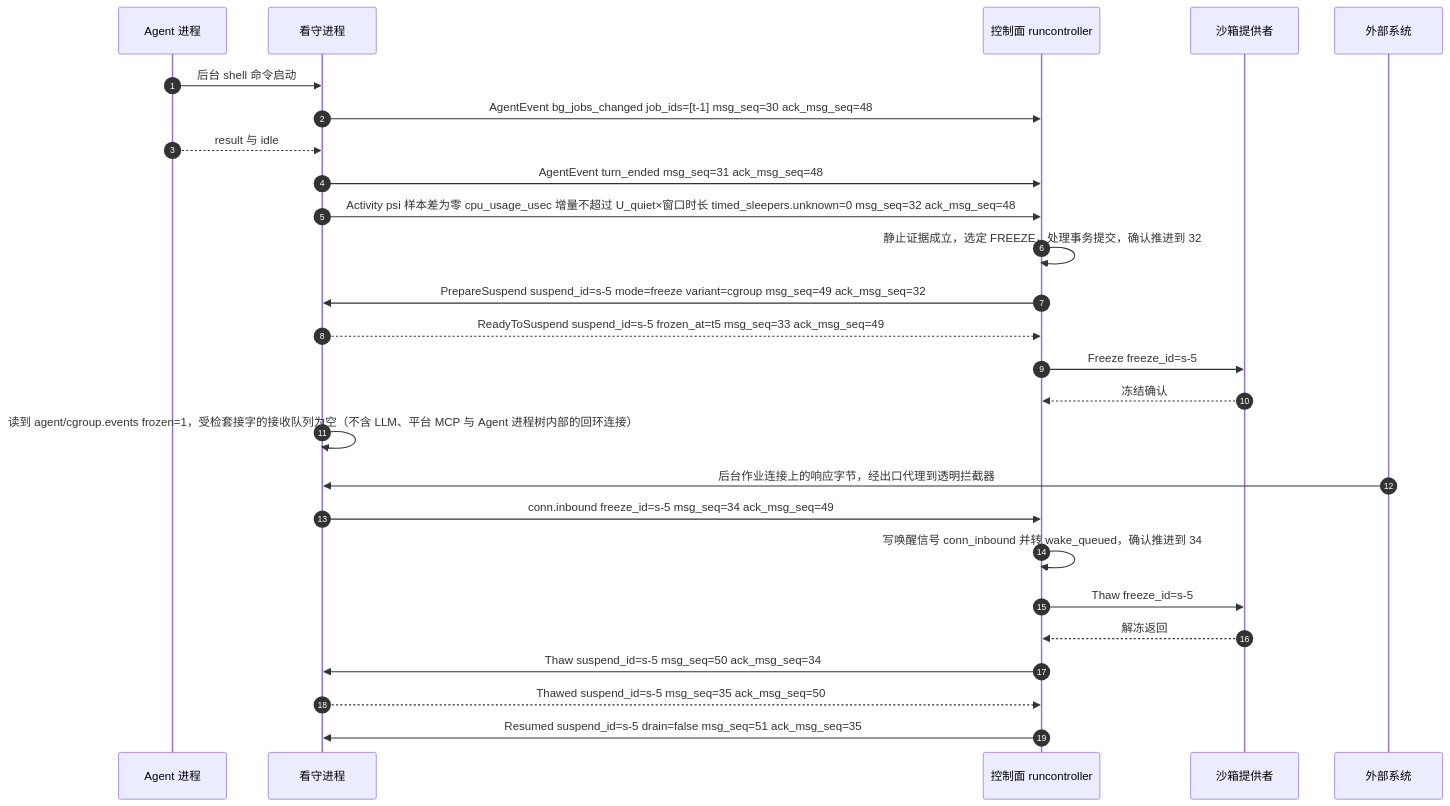
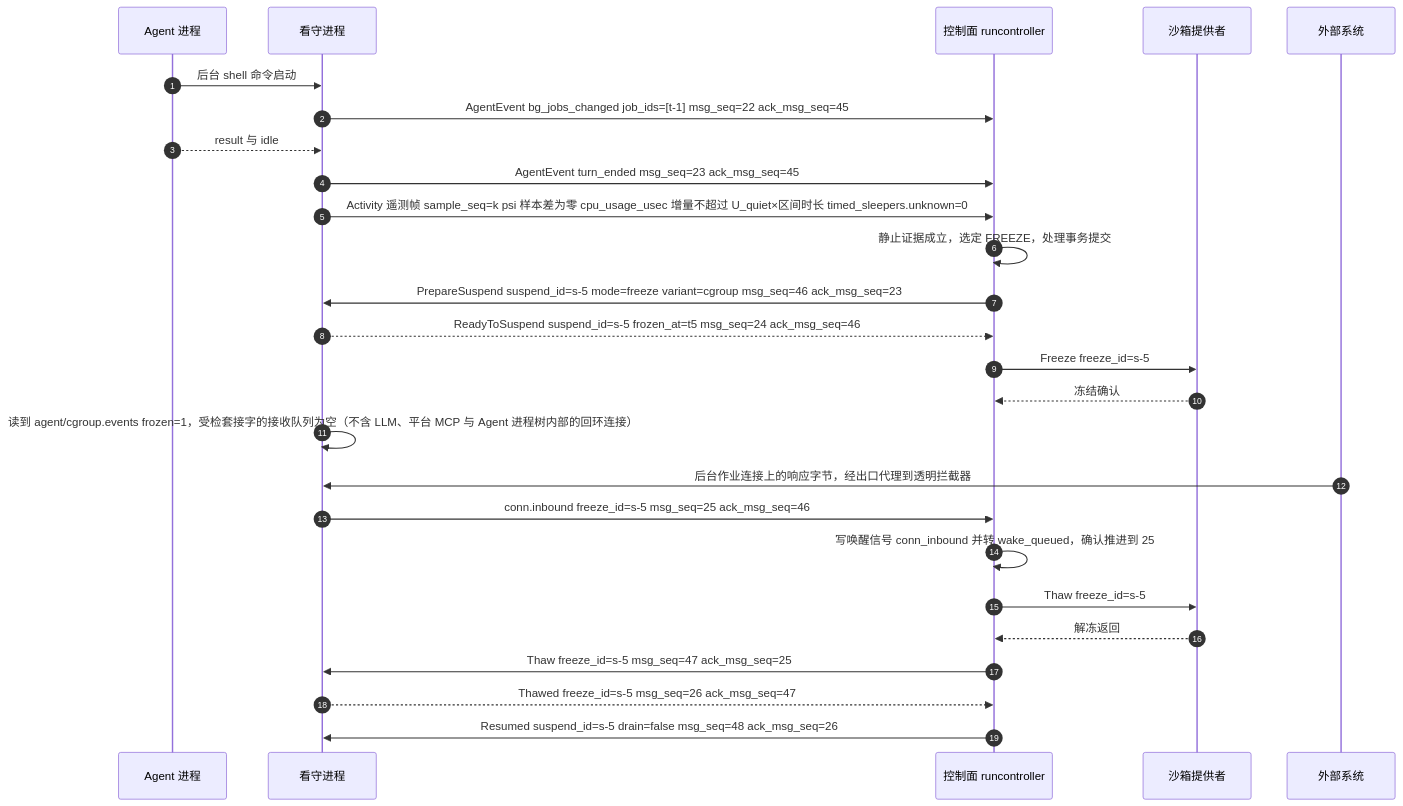
The seventh of 8 diagrams in docs/design/modules/design-agentprotocol.md (wangzw/castworks), drawn with Mermaid before and after one commit. The commit also changed other lines of this file and 35 other files, not shown here.

````diff
--- a/docs/design/modules/design-agentprotocol.md
+++ b/docs/design/modules/design-agentprotocol.md
@@ -563,28 +694,28 @@
 ```mermaid
 sequenceDiagram
     autonumber
     participant A as Agent 进程
     participant W as 看守进程
     participant R as 控制面 runcontroller
     participant P as 沙箱提供者
     participant X as 外部系统
     A->>W: 后台 shell 命令启动
-    W->>R: AgentEvent bg_jobs_changed job_ids=[t-1] msg_seq=30 ack_msg_seq=48
+    W->>R: AgentEvent bg_jobs_changed job_ids=[t-1] msg_seq=22 ack_msg_seq=45
     A-->>W: result 与 idle
-    W->>R: AgentEvent turn_ended msg_seq=31 ack_msg_seq=48
-    W->>R: Activity psi 样本差为零 cpu_usage_usec 增量不超过 U_quiet×窗口时长 timed_sleepers.unknown=0 msg_seq=32 ack_msg_seq=48
-    R->>R: 静止证据成立，选定 FREEZE，处理事务提交，确认推进到 32
-    R->>W: PrepareSuspend suspend_id=s-5 mode=freeze variant=cgroup msg_seq=49 ack_msg_seq=32
-    W-->>R: ReadyToSuspend suspend_id=s-5 frozen_at=t5 msg_seq=33 ack_msg_seq=49
+    W->>R: AgentEvent turn_ended msg_seq=23 ack_msg_seq=45
+    W->>R: Activity 遥测帧 sample_seq=k psi 样本差为零 cpu_usage_usec 增量不超过 U_quiet×区间时长 timed_sleepers.unknown=0
+    R->>R: 静止证据成立，选定 FREEZE，处理事务提交
+    R->>W: PrepareSuspend suspend_id=s-5 mode=freeze variant=cgroup msg_seq=46 ack_msg_seq=23
+    W-->>R: ReadyToSuspend suspend_id=s-5 frozen_at=t5 msg_seq=24 ack_msg_seq=46
     R->>P: Freeze freeze_id=s-5
     P-->>R: 冻结确认
     W->>W: 读到 agent/cgroup.events frozen=1，受检套接字的接收队列为空（不含 LLM、平台 MCP 与 Agent 进程树内部的回环连接）
     X->>W: 后台作业连接上的响应字节，经出口代理到透明拦截器
-    W->>R: conn.inbound freeze_id=s-5 msg_seq=34 ack_msg_seq=49
-    R->>R: 写唤醒信号 conn_inbound 并转 wake_queued，确认推进到 34
+    W->>R: conn.inbound freeze_id=s-5 msg_seq=25 ack_msg_seq=46
+    R->>R: 写唤醒信号 conn_inbound 并转 wake_queued，确认推进到 25
     R->>P: Thaw freeze_id=s-5
     P-->>R: 解冻返回
-    R->>W: Thaw suspend_id=s-5 msg_seq=50 ack_msg_seq=34
-    W-->>R: Thawed suspend_id=s-5 msg_seq=35 ack_msg_seq=50
-    R->>W: Resumed suspend_id=s-5 drain=false msg_seq=51 ack_msg_seq=35
+    R->>W: Thaw freeze_id=s-5 msg_seq=47 ack_msg_seq=25
+    W-->>R: Thawed freeze_id=s-5 msg_seq=26 ack_msg_seq=47
+    R->>W: Resumed suspend_id=s-5 drain=false msg_seq=48 ack_msg_seq=26
 ```
````
